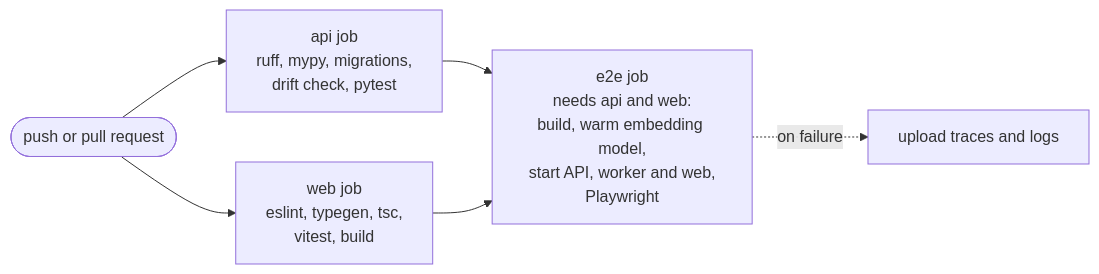
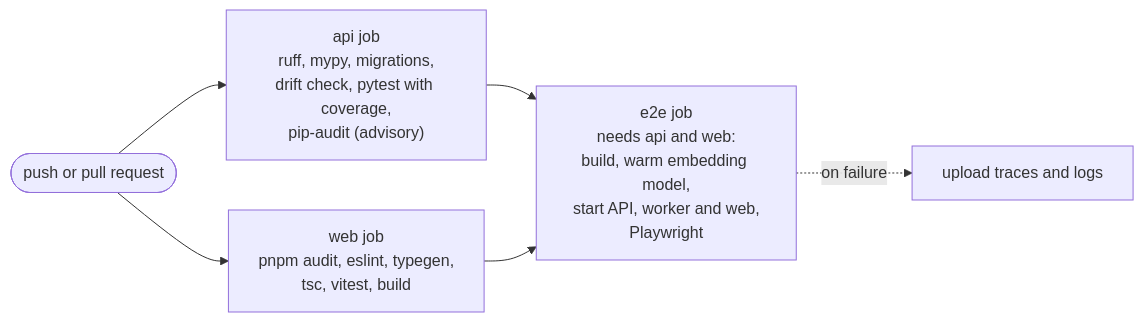
Diagram 14 of 15 in README.md (shrxprxyx/MarketPilot), drawn with Mermaid before and after one commit. The commit also changed other lines of this file, not shown here.

````diff
--- a/README.md
+++ b/README.md
@@ -853,8 +910,8 @@
 ```mermaid
 flowchart LR
-    push(["push or pull request"]) --> api["api job<br/>ruff, mypy, migrations,<br/>drift check, pytest"]
-    push --> web["web job<br/>eslint, typegen, tsc,<br/>vitest, build"]
+    push(["push or pull request"]) --> api["api job<br/>ruff, mypy, migrations,<br/>drift check, pytest with coverage,<br/>pip-audit (advisory)"]
+    push --> web["web job<br/>pnpm audit, eslint, typegen,<br/>tsc, vitest, build"]
     api --> e2e["e2e job<br/>needs api and web:<br/>build, warm embedding model,<br/>start API, worker and web,<br/>Playwright"]
     web --> e2e
     e2e -.->|on failure| art["upload traces and logs"]
 ```
````
